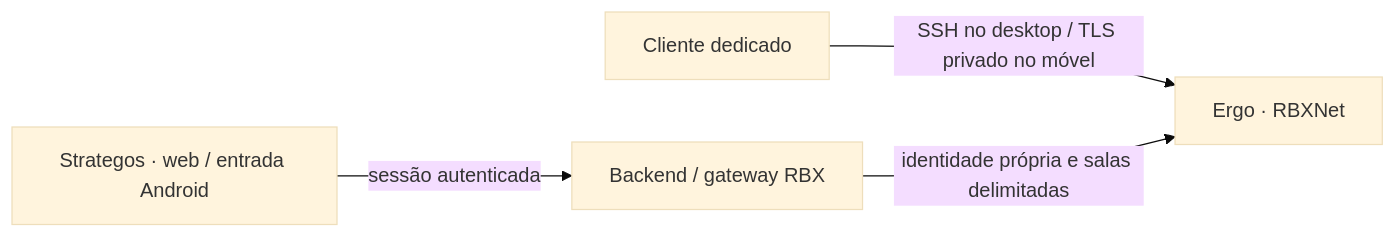
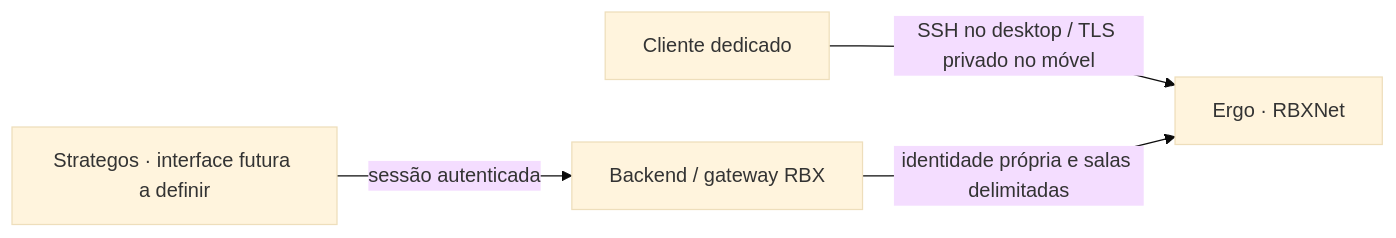
Before and after one commit to rbxrobotica/rbx-infra: the diagram in docs/network/local/CLIENTS-AND-STRATEGOS.md, drawn with Mermaid (base theme). The commit also changed other lines of this file and 4 other files, not shown here.

Commit message:
docs: revise mobile IRC identity and office network roadmap

````diff
--- a/docs/network/local/CLIENTS-AND-STRATEGOS.md
+++ b/docs/network/local/CLIENTS-AND-STRATEGOS.md
@@ -116,6 +135,6 @@
 ```mermaid
 flowchart LR
     D["Cliente dedicado"] -->|"SSH no desktop / TLS privado no móvel"| E["Ergo · RBXNet"]
-    U["Strategos · web / entrada Android"] -->|"sessão autenticada"| B["Backend / gateway RBX"]
+    U["Strategos · interface futura a definir"] -->|"sessão autenticada"| B["Backend / gateway RBX"]
     B -->|"identidade própria e salas delimitadas"| E
 ```
````
